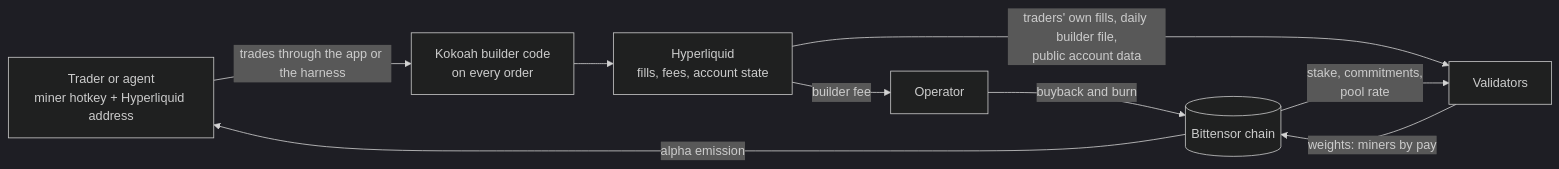
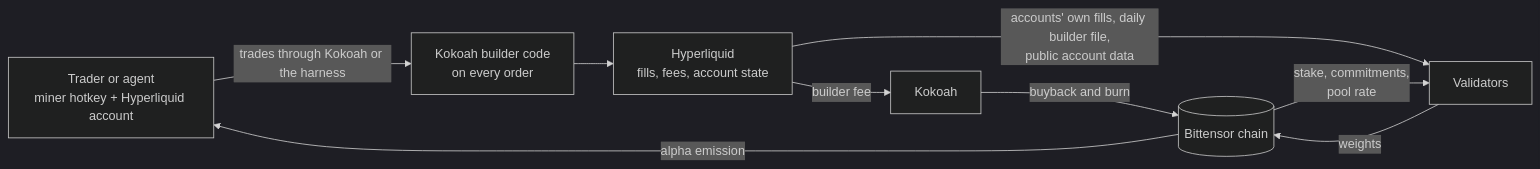
One commit to kokoahdotcom/kokoah-subnet changed the second of 3 diagrams in docs/whitepaper.md. Above: the diagram before and after it, drawn with Mermaid (dark theme). The commit also changed other lines of this file and 4 other files, not shown here.

````diff
--- a/docs/whitepaper.md
+++ b/docs/whitepaper.md
@@ -71,11 +105,11 @@
 ```mermaid
 flowchart LR
-  T[Trader or agent<br/>miner hotkey + Hyperliquid address] -->|trades through the app or the harness| K[Kokoah builder code<br/>on every order]
+  T[Trader or agent<br/>miner hotkey + Hyperliquid account] -->|trades through Kokoah or the harness| K[Kokoah builder code<br/>on every order]
   K --> H[Hyperliquid<br/>fills, fees, account state]
-  H -->|builder fee| O[Operator]
+  H -->|builder fee| O[Kokoah]
   O -->|buyback and burn| C[(Bittensor chain)]
-  H -->|traders' own fills, daily builder file,<br/>public account data| V[Validators]
+  H -->|accounts' own fills, daily builder file,<br/>public account data| V[Validators]
   C -->|stake, commitments,<br/>pool rate| V
-  V -->|weights: miners by pay| C
+  V -->|weights| C
   C -->|alpha emission| T
 ```
````
